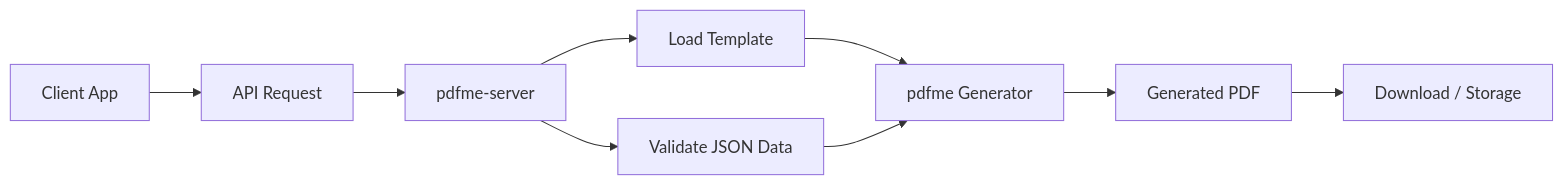
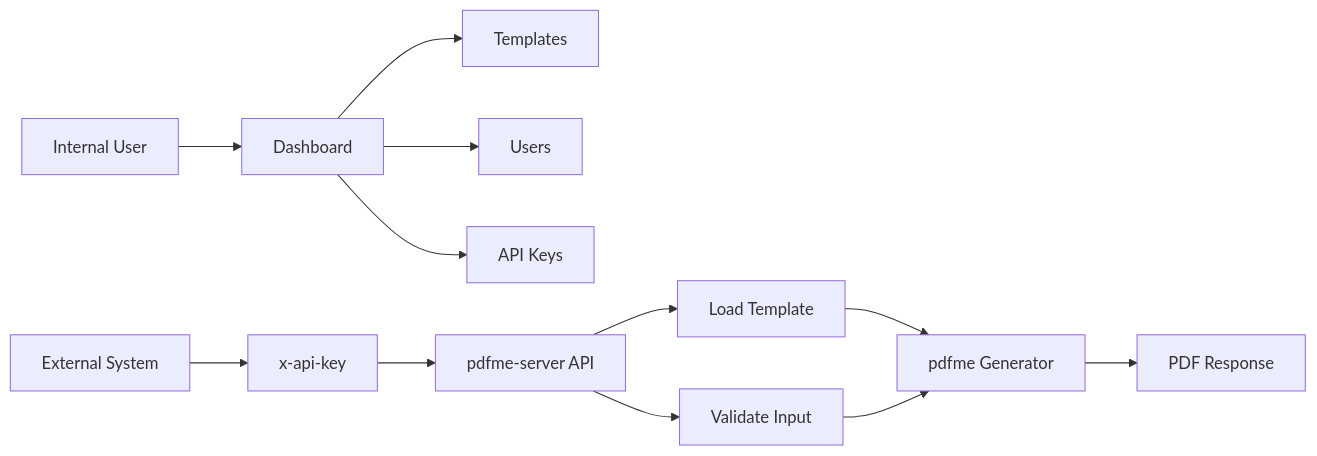
One commit to SantiagoCabana/pdfme-server changed the diagram in README.md. Above: the diagram before and after it, drawn with Mermaid. The commit also changed other lines of this file and 55 other files, not shown here.

````diff
--- a/README.md
+++ b/README.md
@@ -104,11 +111,15 @@
 ```mermaid
 flowchart LR
-    A[Client App] --> B[API Request]
-    B --> C[pdfme-server]
-    C --> D[Load Template]
-    C --> E[Validate JSON Data]
-    D --> F[pdfme Generator]
-    E --> F
-    F --> G[Generated PDF]
-    G --> H[Download / Storage]
+    A[Internal User] --> B[Dashboard]
+    B --> C[Templates]
+    B --> D[Users]
+    B --> E[API Keys]
+
+    F[External System] --> G[x-api-key]
+    G --> H[pdfme-server API]
+    H --> I[Load Template]
+    H --> J[Validate Input]
+    I --> K[pdfme Generator]
+    J --> K
+    K --> L[PDF Response]
 ```
````
